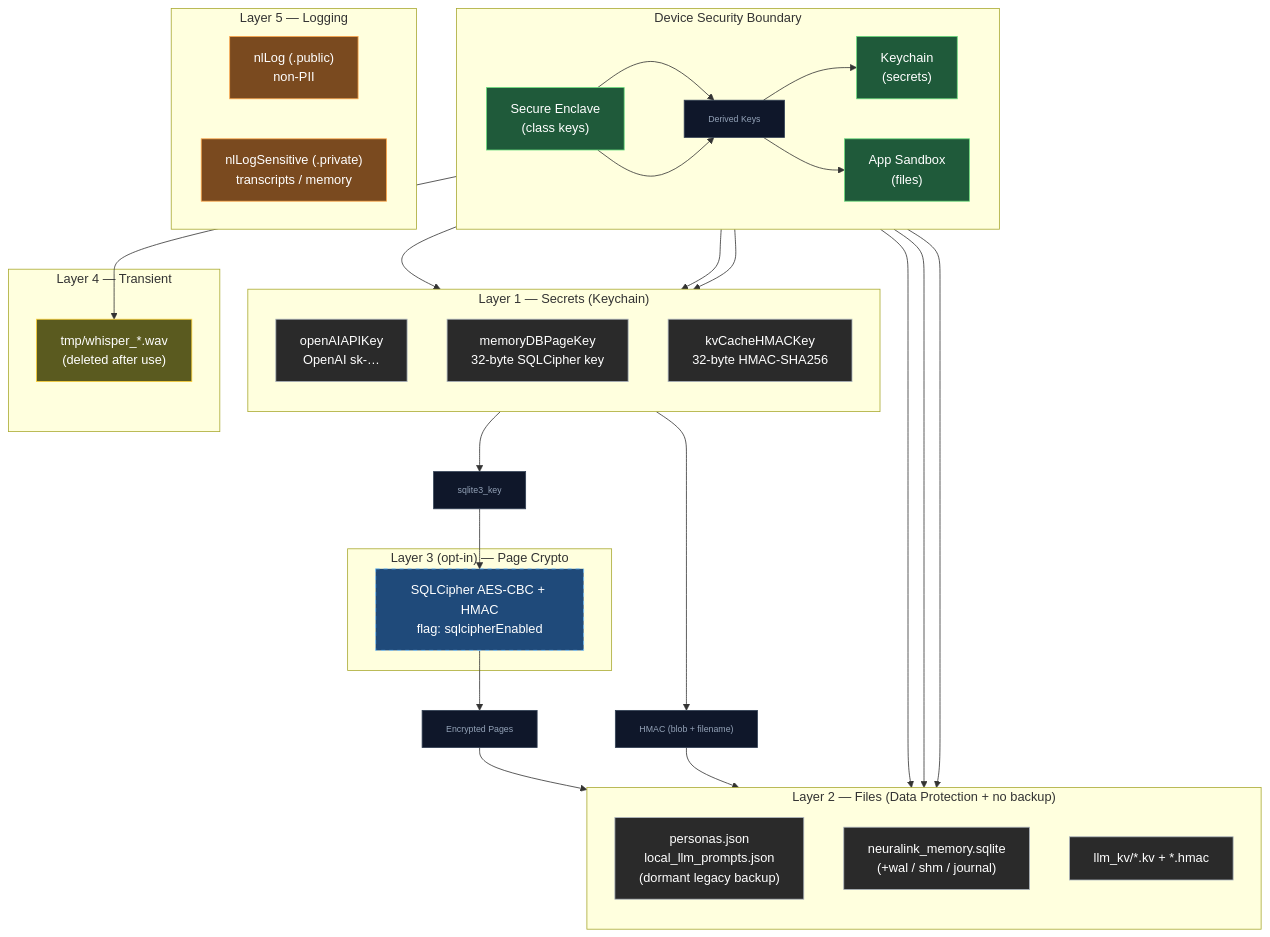
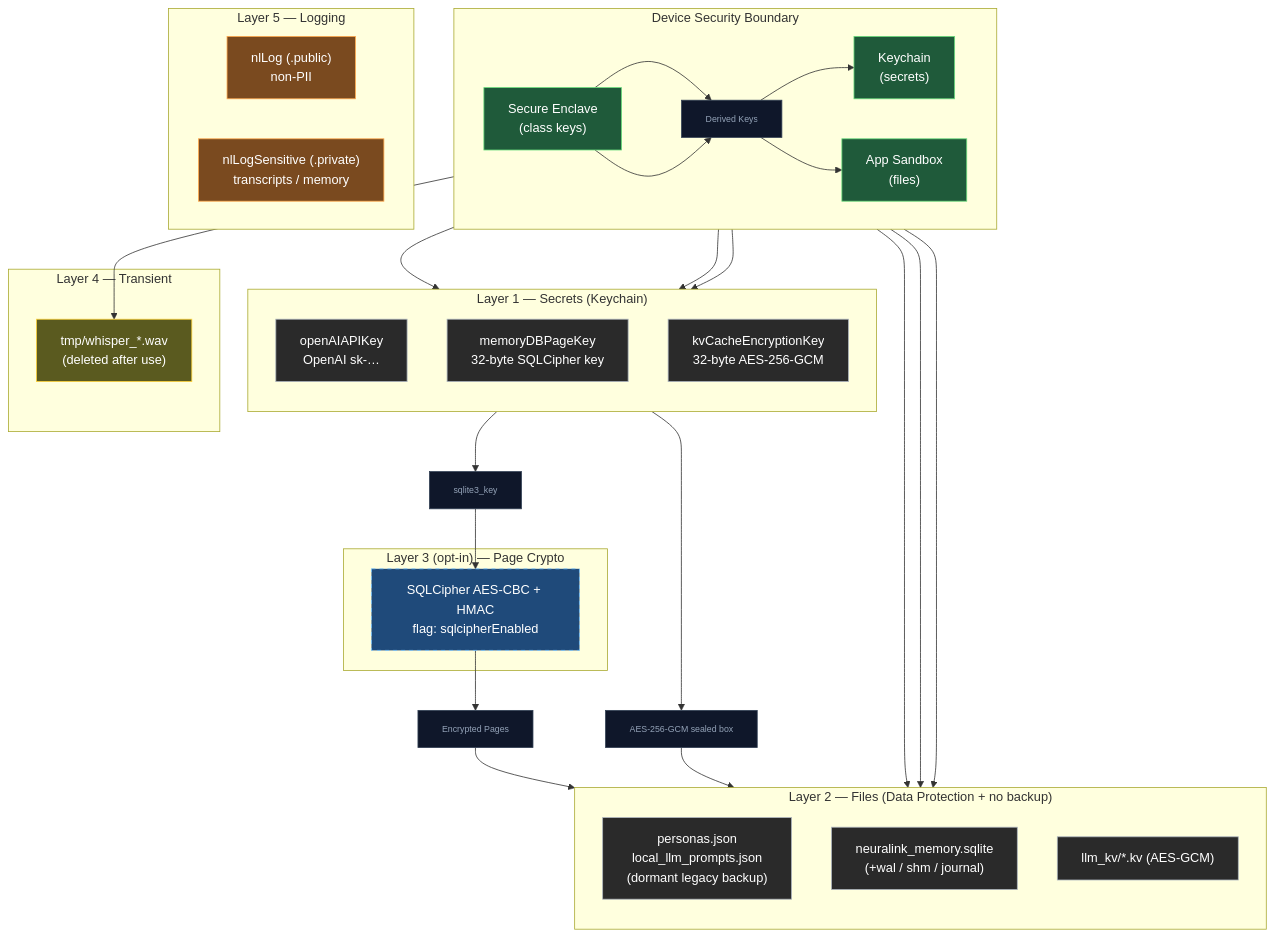
The diagram in docs/APP_SECURITY.md (kevinliddel/NeuraLink), drawn with Mermaid before and after one commit. The commit also changed other lines of this file and 25 other files, not shown here.

Commit message:
refactor: update security documentation, modernize KV-cache encryption to AES-GCM, and perform general code cleanup.

````diff
--- a/docs/APP_SECURITY.md
+++ b/docs/APP_SECURITY.md
@@ -27,77 +27,77 @@
 ```mermaid
 flowchart TB
     %% Boundary
     subgraph Boundary["Device Security Boundary"]
         direction LR
         SE["Secure Enclave\n(class keys)"]
         KC["Keychain\n(secrets)"]
         APP["App Sandbox\n(files)"]
 
         SE --> D1["Derived Keys"] --> KC
         SE --> D1 --> APP
     end
 
     %% Layer 1
     subgraph SecureStore["Layer 1 — Secrets (Keychain)"]
         direction TB
         K1["openAIAPIKey\nOpenAI sk-…"]
         K2["memoryDBPageKey\n32-byte SQLCipher key"]
-        K3["kvCacheHMACKey\n32-byte HMAC-SHA256"]
+        K3["kvCacheEncryptionKey\n32-byte AES-256-GCM"]
     end
 
     %% Layer 2
     subgraph ProtectedStorage["Layer 2 — Files (Data Protection + no backup)"]
         direction TB
         F1["personas.json\nlocal_llm_prompts.json\n(dormant legacy backup)"]
         F2["neuralink_memory.sqlite\n(+wal / shm / journal)"]
-        F3["llm_kv/*.kv + *.hmac"]
+        F3["llm_kv/*.kv (AES-GCM)"]
     end
 
     %% Layer 3
     subgraph Optional["Layer 3 (opt-in) — Page Crypto"]
         SQLCipher["SQLCipher AES-CBC + HMAC\nflag: sqlcipherEnabled"]
     end
 
     %% Layer 4
     subgraph Transient["Layer 4 — Transient"]
         T1["tmp/whisper_*.wav\n(deleted after use)"]
     end
 
     %% Layer 5
     subgraph Logs["Layer 5 — Logging"]
         L1["nlLog (.public)\nnon-PII"]
         L2["nlLogSensitive (.private)\ntranscripts / memory"]
     end
 
     %% Flows
     KC --> K1
     KC --> K2
     KC --> K3
 
     APP --> F1
     APP --> F2
     APP --> F3
     APP --> T1
 
     K2 --> D2["sqlite3_key"] --> SQLCipher
     SQLCipher --> D3["Encrypted Pages"] --> F2
 
-    K3 --> D4["HMAC (blob + filename)"] --> F3
+    K3 --> D4["AES-256-GCM sealed box"] --> F3
 
     %% Styles
     classDef secure fill:#1f5a3a,stroke:#69db7c,color:#ffffff
     classDef store fill:#2a2a2a,stroke:#adb5bd,color:#ffffff
     classDef optional fill:#1f4a7a,stroke:#74c0fc,color:#ffffff,stroke-dasharray:5 5
     classDef transient fill:#5a5a1f,stroke:#ffd43b,color:#ffffff
     classDef logs fill:#7a4a1f,stroke:#ffa94d,color:#ffffff
 
     class SE,KC,APP secure
     class K1,K2,K3,F1,F2,F3 store
     class SQLCipher optional
     class T1 transient
     class L1,L2 logs
 
     %% Data flow styling (consistent across your diagrams)
     classDef data fill:#0f172a,stroke:#334155,color:#94a3b8,font-size:11px
     class D1,D2,D3,D4 data
 ```
````
